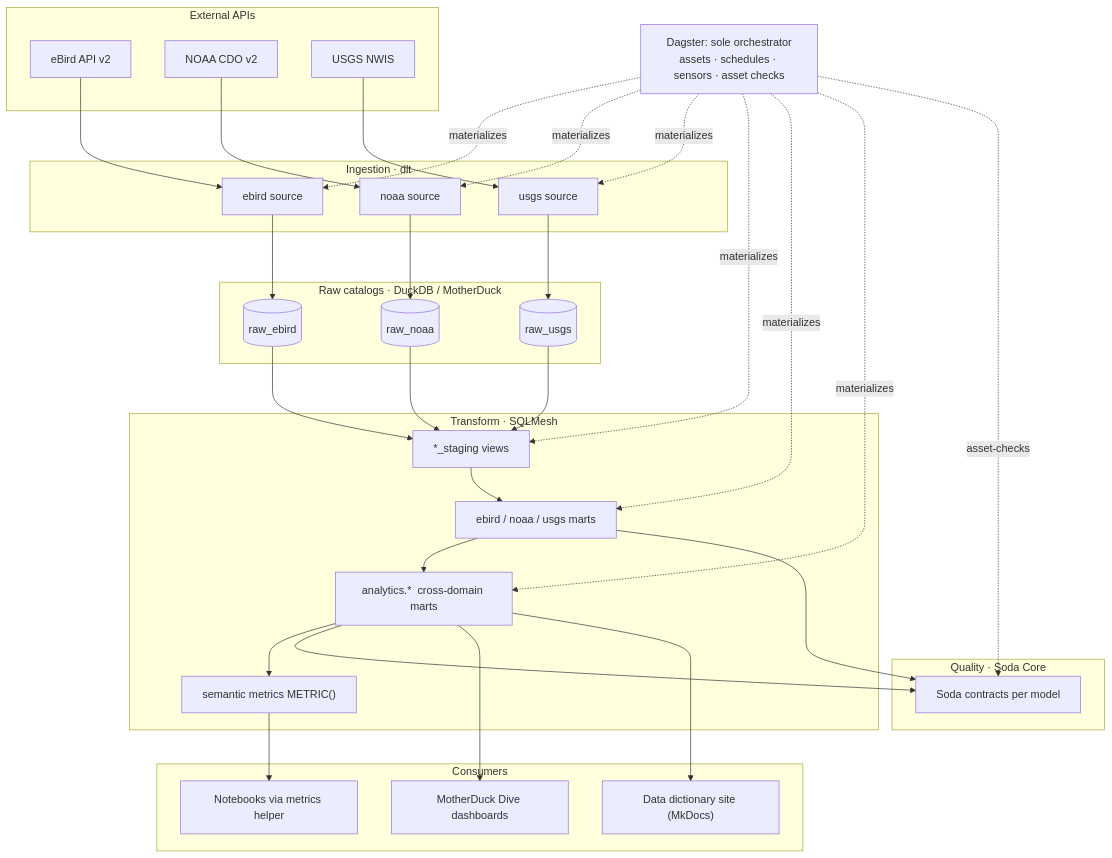
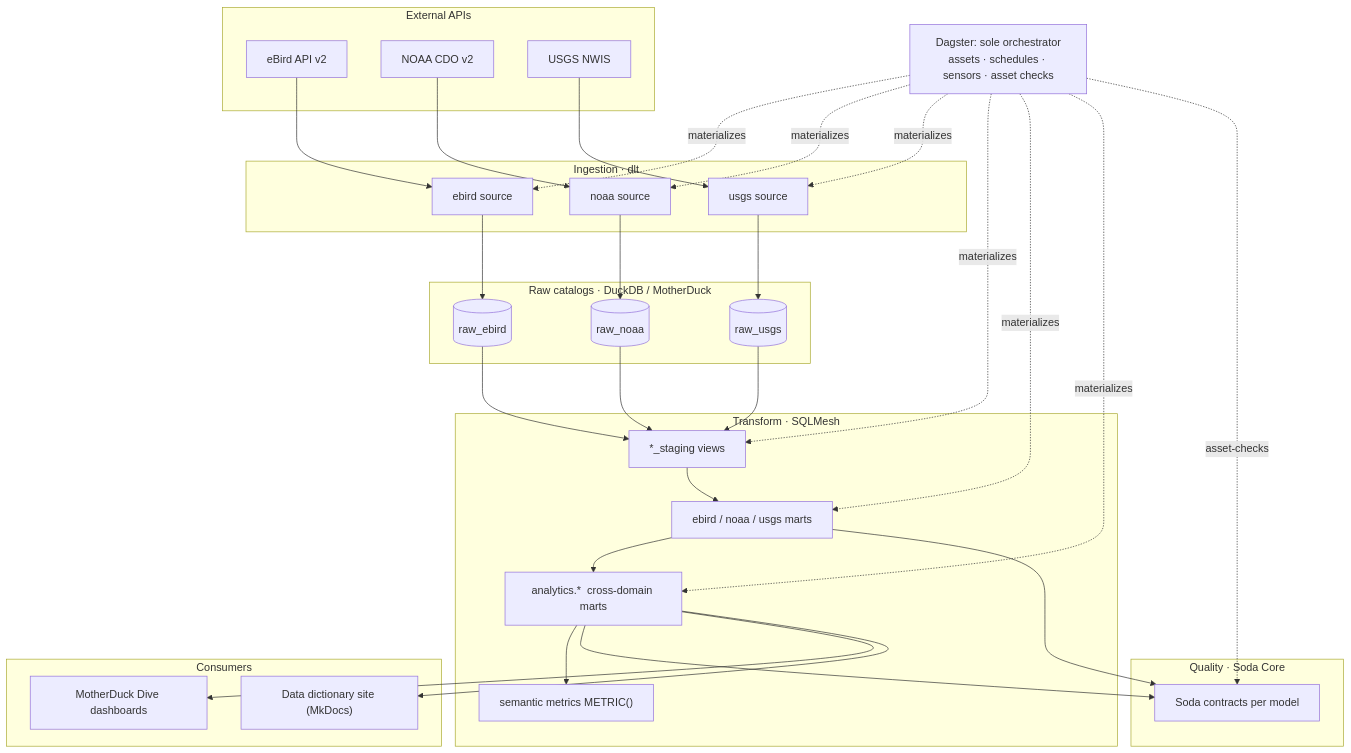
The first of 2 diagrams in README.md (Doctacon/databox), drawn with Mermaid before and after one commit. The commit also changed other lines of this file and 4 other files, not shown here.

````diff
--- a/README.md
+++ b/README.md
@@ -33,62 +33,60 @@
 ```mermaid
 graph TB
     subgraph External["External APIs"]
         ebird_api[eBird API v2]
         noaa_api[NOAA CDO v2]
         usgs_api[USGS NWIS]
     end
 
     subgraph Ingest["Ingestion · dlt"]
         ebird_src[ebird source]
         noaa_src[noaa source]
         usgs_src[usgs source]
     end
 
     subgraph Raw["Raw catalogs · DuckDB / MotherDuck"]
         raw_ebird[(raw_ebird)]
         raw_noaa[(raw_noaa)]
         raw_usgs[(raw_usgs)]
     end
 
     subgraph Transform["Transform · SQLMesh"]
         staging["*_staging views"]
         marts["ebird / noaa / usgs marts"]
         analytics["analytics.*  cross-domain marts"]
         metrics["semantic metrics METRIC()"]
     end
 
     subgraph Quality["Quality · Soda Core"]
         contracts["Soda contracts per model"]
     end
 
     subgraph Consumer["Consumers"]
         dashboard["MotherDuck Dive dashboards"]
         dict["Data dictionary site (MkDocs)"]
-        notebook["Notebooks via metrics helper"]
     end
 
     Orchestrator["Dagster: sole orchestrator<br/>assets · schedules · sensors · asset checks"]
 
     ebird_api --> ebird_src --> raw_ebird
     noaa_api --> noaa_src --> raw_noaa
     usgs_api --> usgs_src --> raw_usgs
     raw_ebird --> staging
     raw_noaa --> staging
     raw_usgs --> staging
     staging --> marts
     marts --> analytics
     analytics --> metrics
     analytics --> contracts
     marts --> contracts
     analytics --> dashboard
     analytics --> dict
-    metrics --> notebook
 
     Orchestrator -.materializes.-> ebird_src
     Orchestrator -.materializes.-> noaa_src
     Orchestrator -.materializes.-> usgs_src
     Orchestrator -.materializes.-> staging
     Orchestrator -.materializes.-> marts
     Orchestrator -.materializes.-> analytics
     Orchestrator -.asset-checks.-> contracts
 ```
````
